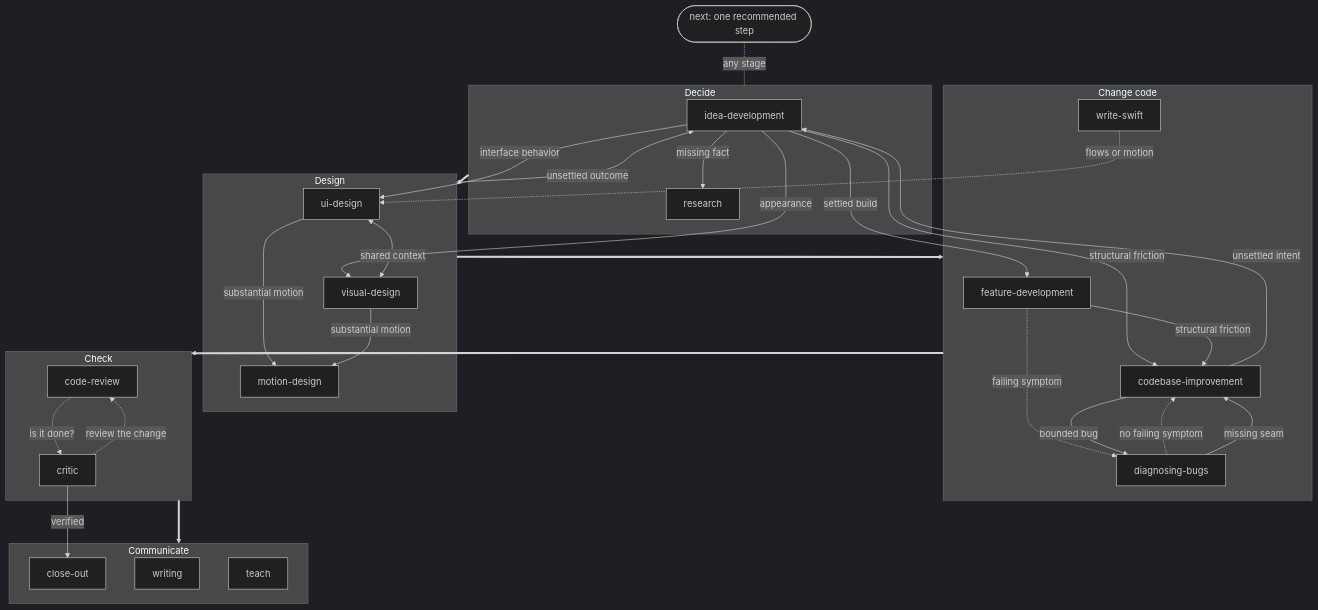
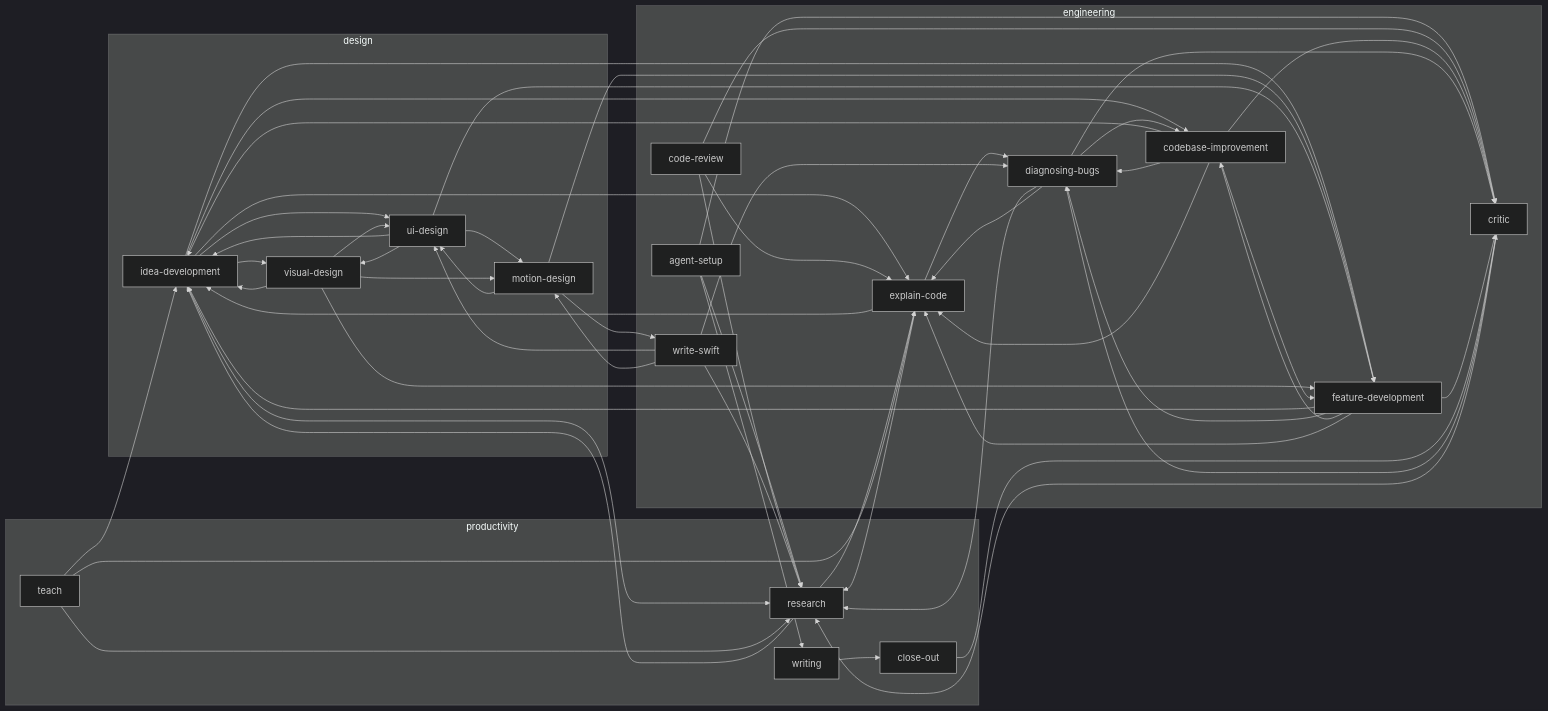
The diagram in docs/README.md (sxnzs/skills), drawn with Mermaid (dark theme) before and after one commit. The commit also changed other lines of this file and 50 other files, not shown here.

First line of the commit message:
Unify skills into a handoff graph; add explain-code and agent-setup (1.1.0)

````diff
--- a/docs/README.md
+++ b/docs/README.md
@@ -39,52 +75,78 @@
 ```mermaid
-flowchart TB
-  next(["next: one recommended step"])
-
-  subgraph decide [Decide]
-    idea[idea-development]
+flowchart LR
+  subgraph design
+    idea_development[idea-development]
+    motion_design[motion-design]
+    ui_design[ui-design]
+    visual_design[visual-design]
+  end
+  subgraph engineering
+    agent_setup[agent-setup]
+    code_review[code-review]
+    codebase_improvement[codebase-improvement]
+    critic[critic]
+    diagnosing_bugs[diagnosing-bugs]
+    explain_code[explain-code]
+    feature_development[feature-development]
+    write_swift[write-swift]
+  end
+  subgraph productivity
+    close_out[close-out]
     research[research]
+    teach[teach]
+    writing[writing]
   end
-  subgraph design [Design]
-    ui[ui-design]
-    visual[visual-design]
-    motion[motion-design]
-  end
-  subgraph change [Change code]
-    feature[feature-development]
-    improve[codebase-improvement]
-    bugs[diagnosing-bugs]
-    swift[write-swift]
-  end
-  subgraph check [Check]
-    review[code-review]
-    critic[critic]
-  end
-  subgraph communicate [Communicate]
-    closeout[close-out]
-    writing[writing]
-    teach[teach]
-  end
-
-  next -. any stage .- decide
-  decide ==> design ==> change ==> check ==> communicate
-
-  idea -->|missing fact| research
-  idea -->|appearance| visual
-  idea -->|interface behavior| ui
-  idea -->|settled build| feature
-  idea -->|structural friction| improve
-  ui <-->|shared context| visual
-  ui -->|substantial motion| motion
-  visual -->|substantial motion| motion
-  design -->|unsettled outcome| idea
-  feature -->|structural friction| improve
-  feature -. failing symptom .-> bugs
-  improve -->|unsettled intent| idea
-  improve -->|bounded bug| bugs
-  bugs -. no failing symptom .-> improve
-  bugs -->|missing seam| improve
-  swift -. flows or motion .-> ui
-  review -. "is it done?" .-> critic
-  critic -. "review the change" .-> review
-  critic -->|verified| closeout
+  idea_development --> research
+  idea_development --> visual_design
+  idea_development --> ui_design
+  idea_development --> codebase_improvement
+  idea_development --> explain_code
+  idea_development --> feature_development
+  motion_design --> ui_design
+  motion_design --> write_swift
+  motion_design --> feature_development
+  ui_design --> idea_development
+  ui_design --> visual_design
+  ui_design --> motion_design
+  ui_design --> feature_development
+  visual_design --> idea_development
+  visual_design --> ui_design
+  visual_design --> motion_design
+  visual_design --> feature_development
+  agent_setup --> writing
+  agent_setup --> research
+  agent_setup --> critic
+  code_review --> critic
+  code_review --> explain_code
+  code_review --> research
+  codebase_improvement --> idea_development
+  codebase_improvement --> diagnosing_bugs
+  codebase_improvement --> explain_code
+  codebase_improvement --> feature_development
+  codebase_improvement --> critic
+  critic --> diagnosing_bugs
+  critic --> research
+  diagnosing_bugs --> codebase_improvement
+  diagnosing_bugs --> research
+  diagnosing_bugs --> explain_code
+  diagnosing_bugs --> critic
+  explain_code --> diagnosing_bugs
+  explain_code --> research
+  explain_code --> idea_development
+  feature_development --> idea_development
+  feature_development --> diagnosing_bugs
+  feature_development --> codebase_improvement
+  feature_development --> explain_code
+  feature_development --> critic
+  write_swift --> ui_design
+  write_swift --> motion_design
+  write_swift --> diagnosing_bugs
+  write_swift --> research
+  close_out --> critic
+  research --> idea_development
+  research --> explain_code
+  teach --> idea_development
+  teach --> research
+  teach --> explain_code
+  writing --> close_out
 ```
````
